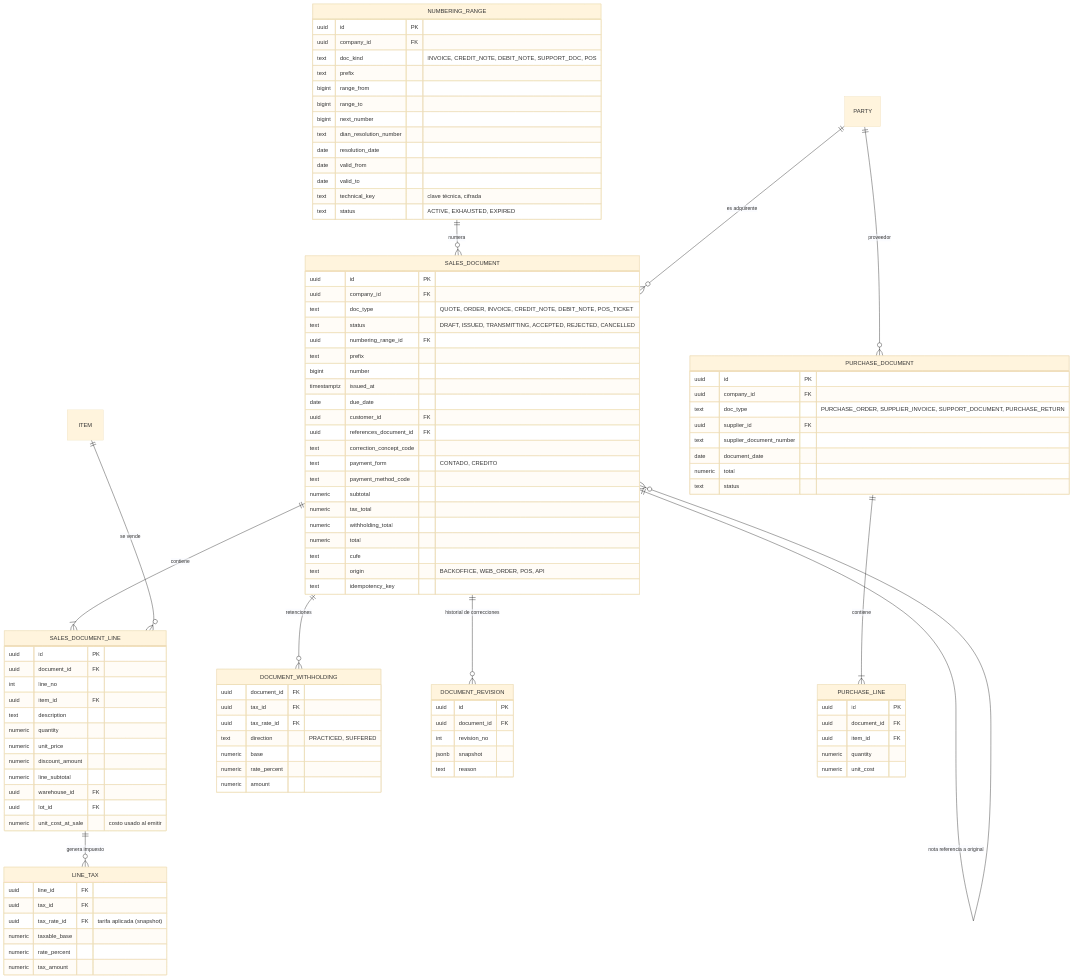
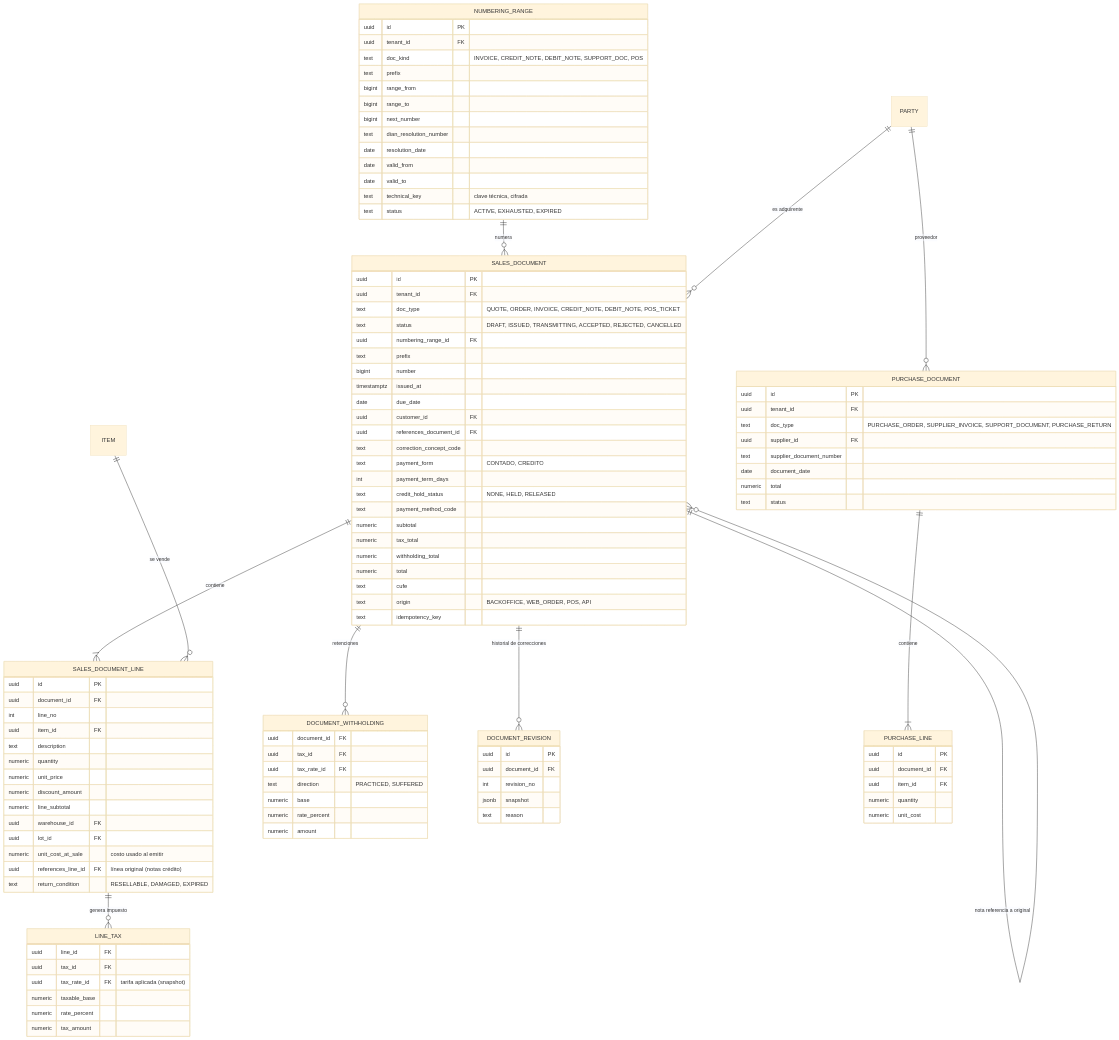
The third of 5 diagrams in docs/01-arquitectura/02-modelo-de-datos-preliminar.md (JpMurcia/SIFCA), drawn with Mermaid (base theme) before and after one commit. The commit also changed other lines of this file and 89 other files, not shown here.

```diff
--- a/docs/01-arquitectura/02-modelo-de-datos-preliminar.md
+++ b/docs/01-arquitectura/02-modelo-de-datos-preliminar.md
@@ -295,7 +393,7 @@
 
     NUMBERING_RANGE {
         uuid id PK
-        uuid company_id FK
+        uuid tenant_id FK
         text doc_kind "INVOICE, CREDIT_NOTE, DEBIT_NOTE, SUPPORT_DOC, POS"
         text prefix
         bigint range_from
@@ -310,7 +408,7 @@
     }
     SALES_DOCUMENT {
         uuid id PK
-        uuid company_id FK
+        uuid tenant_id FK
         text doc_type "QUOTE, ORDER, INVOICE, CREDIT_NOTE, DEBIT_NOTE, POS_TICKET"
         text status "DRAFT, ISSUED, TRANSMITTING, ACCEPTED, REJECTED, CANCELLED"
         uuid numbering_range_id FK
@@ -322,6 +420,8 @@
         uuid references_document_id FK
         text correction_concept_code
         text payment_form "CONTADO, CREDITO"
+        int payment_term_days
+        text credit_hold_status "NONE, HELD, RELEASED"
         text payment_method_code
         numeric subtotal
         numeric tax_total
@@ -344,6 +444,8 @@
         uuid warehouse_id FK
         uuid lot_id FK
         numeric unit_cost_at_sale "costo usado al emitir"
+        uuid references_line_id FK "línea original (notas crédito)"
+        text return_condition "RESELLABLE, DAMAGED, EXPIRED"
     }
     LINE_TAX {
         uuid line_id FK
@@ -371,7 +473,7 @@
     }
     PURCHASE_DOCUMENT {
         uuid id PK
-        uuid company_id FK
+        uuid tenant_id FK
         text doc_type "PURCHASE_ORDER, SUPPLIER_INVOICE, SUPPORT_DOCUMENT, PURCHASE_RETURN"
         uuid supplier_id FK
         text supplier_document_number
```
